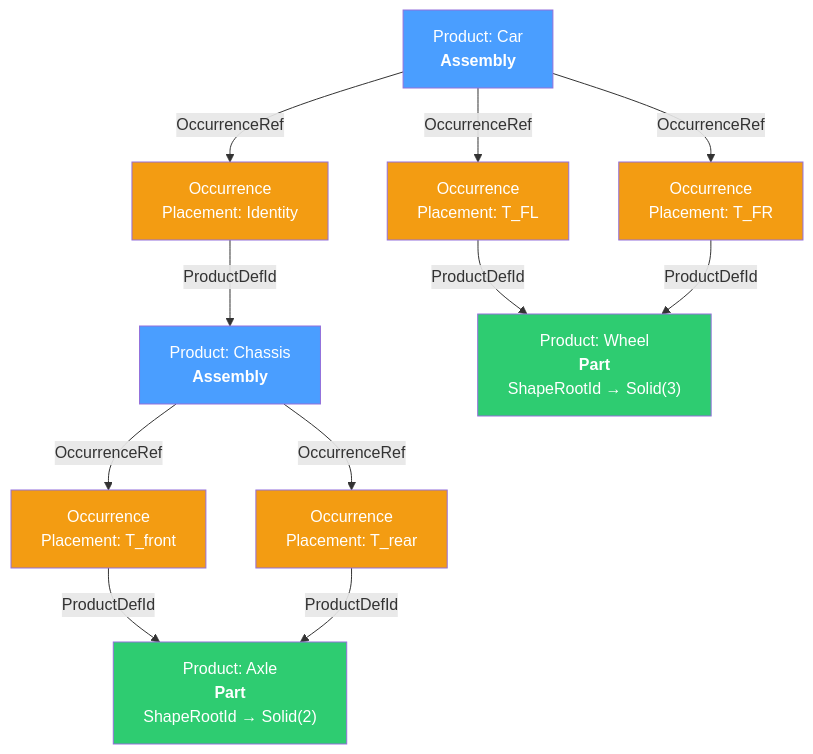
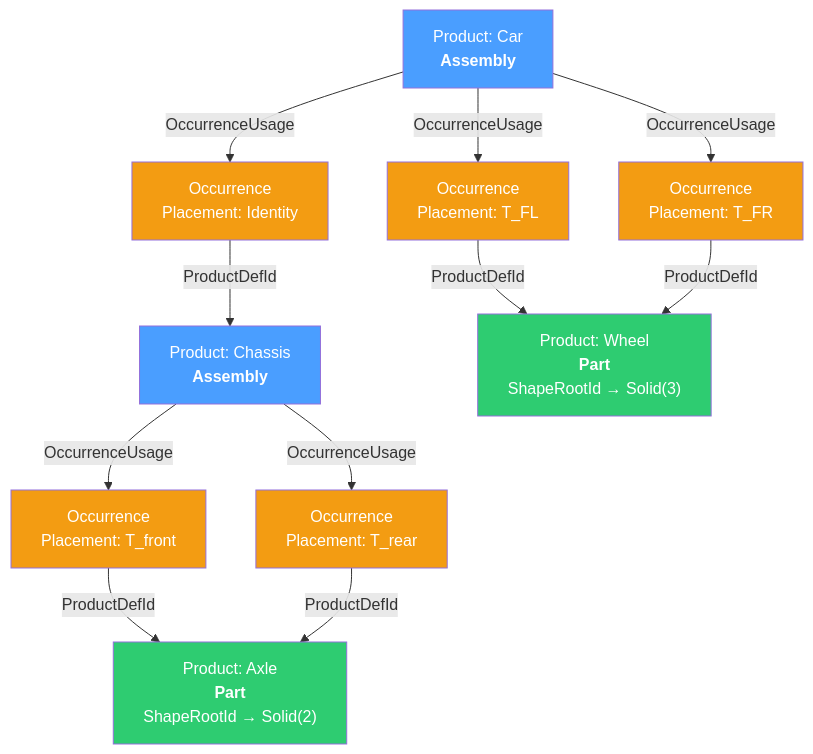
Before and after one commit to Open-Cascade-SAS/OCCT: the second of 9 diagrams in src/ModelingData/TKBRep/BRepGraph/TODO_Assembly_Visualization.md, drawn with Mermaid. The commit also changed other lines of this file and 64 other files, not shown here.

````diff
--- a/src/ModelingData/TKBRep/BRepGraph/TODO_Assembly_Visualization.md
+++ b/src/ModelingData/TKBRep/BRepGraph/TODO_Assembly_Visualization.md
@@ -53,38 +53,38 @@
 ```mermaid
 graph TD
     Car["Product: Car<br/><b>Assembly</b>"]
     OccChassis["Occurrence<br/>Placement: Identity"]
     OccWheel1["Occurrence<br/>Placement: T_FL"]
     OccWheel2["Occurrence<br/>Placement: T_FR"]
 
     Chassis["Product: Chassis<br/><b>Assembly</b>"]
     OccAxle1["Occurrence<br/>Placement: T_front"]
     OccAxle2["Occurrence<br/>Placement: T_rear"]
 
     Axle["Product: Axle<br/><b>Part</b><br/>ShapeRootId → Solid(2)"]
     Wheel["Product: Wheel<br/><b>Part</b><br/>ShapeRootId → Solid(3)"]
 
-    Car -->|OccurrenceRef| OccChassis
-    Car -->|OccurrenceRef| OccWheel1
-    Car -->|OccurrenceRef| OccWheel2
+    Car -->|OccurrenceUsage| OccChassis
+    Car -->|OccurrenceUsage| OccWheel1
+    Car -->|OccurrenceUsage| OccWheel2
 
     OccChassis -->|ProductDefId| Chassis
     OccWheel1 -->|ProductDefId| Wheel
     OccWheel2 -->|ProductDefId| Wheel
 
-    Chassis -->|OccurrenceRef| OccAxle1
-    Chassis -->|OccurrenceRef| OccAxle2
+    Chassis -->|OccurrenceUsage| OccAxle1
+    Chassis -->|OccurrenceUsage| OccAxle2
 
     OccAxle1 -->|ProductDefId| Axle
     OccAxle2 -->|ProductDefId| Axle
 
     style Car fill:#4a9eff,color:#fff
     style Chassis fill:#4a9eff,color:#fff
     style Axle fill:#2ecc71,color:#fff
     style Wheel fill:#2ecc71,color:#fff
     style OccChassis fill:#f39c12,color:#fff
     style OccWheel1 fill:#f39c12,color:#fff
     style OccWheel2 fill:#f39c12,color:#fff
     style OccAxle1 fill:#f39c12,color:#fff
     style OccAxle2 fill:#f39c12,color:#fff
 ```
````
